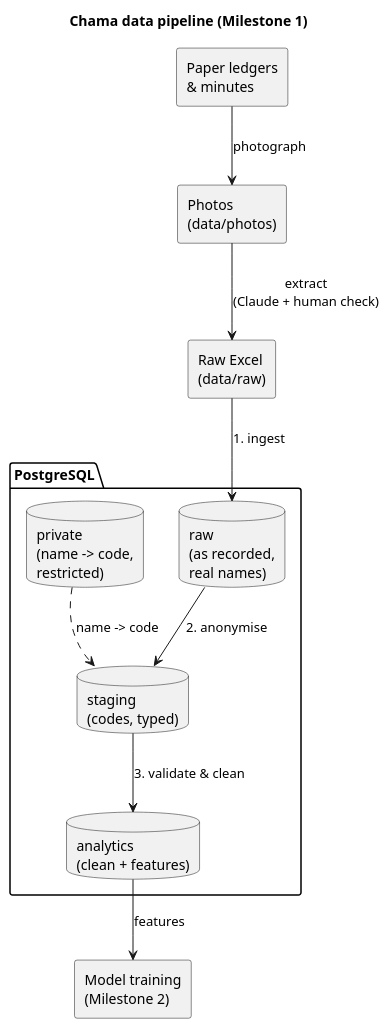
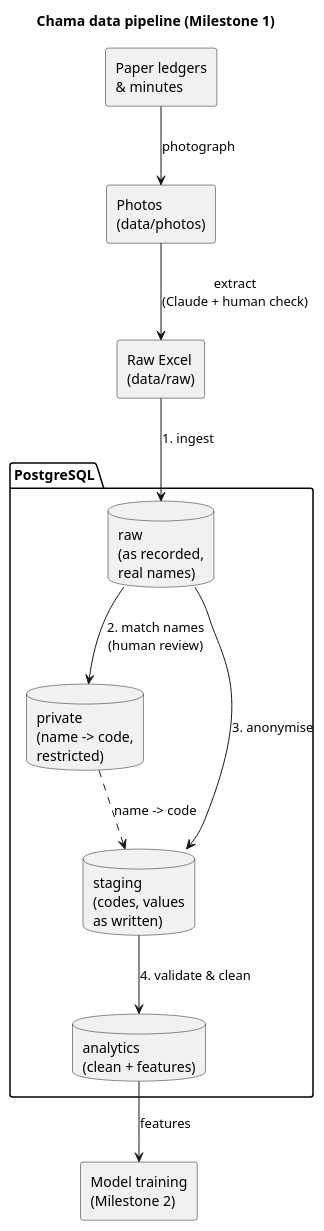
Before and after one commit to muriithi-alvin/chama-loan-default: the diagram in docs/diagrams/data_pipeline.puml, drawn with PlantUML. The commit also changed 4 other files, not shown here.

```diff
--- a/docs/diagrams/data_pipeline.puml
+++ b/docs/diagrams/data_pipeline.puml
@@ -1,23 +1,24 @@
 @startuml data_pipeline
 title Chama data pipeline (Milestone 1)
 skinparam componentStyle rectangle
 
 rectangle "Paper ledgers\n& minutes" as ledgers
 rectangle "Photos\n(data/photos)" as photos
 rectangle "Raw Excel\n(data/raw)" as excel
 
 package "PostgreSQL" {
   database "raw\n(as recorded,\nreal names)" as raw
   database "private\n(name -> code,\nrestricted)" as priv
-  database "staging\n(codes, typed)" as staging
+  database "staging\n(codes, values\nas written)" as staging
   database "analytics\n(clean + features)" as analytics
 }
 
 ledgers --> photos : photograph
 photos --> excel : extract\n(Claude + human check)
 excel --> raw : 1. ingest
-raw --> staging : 2. anonymise
+raw --> priv : 2. match names\n(human review)
+raw --> staging : 3. anonymise
 priv ..> staging : name -> code
-staging --> analytics : 3. validate & clean
+staging --> analytics : 4. validate & clean
 analytics --> [Model training\n(Milestone 2)] : features
 @enduml
```
